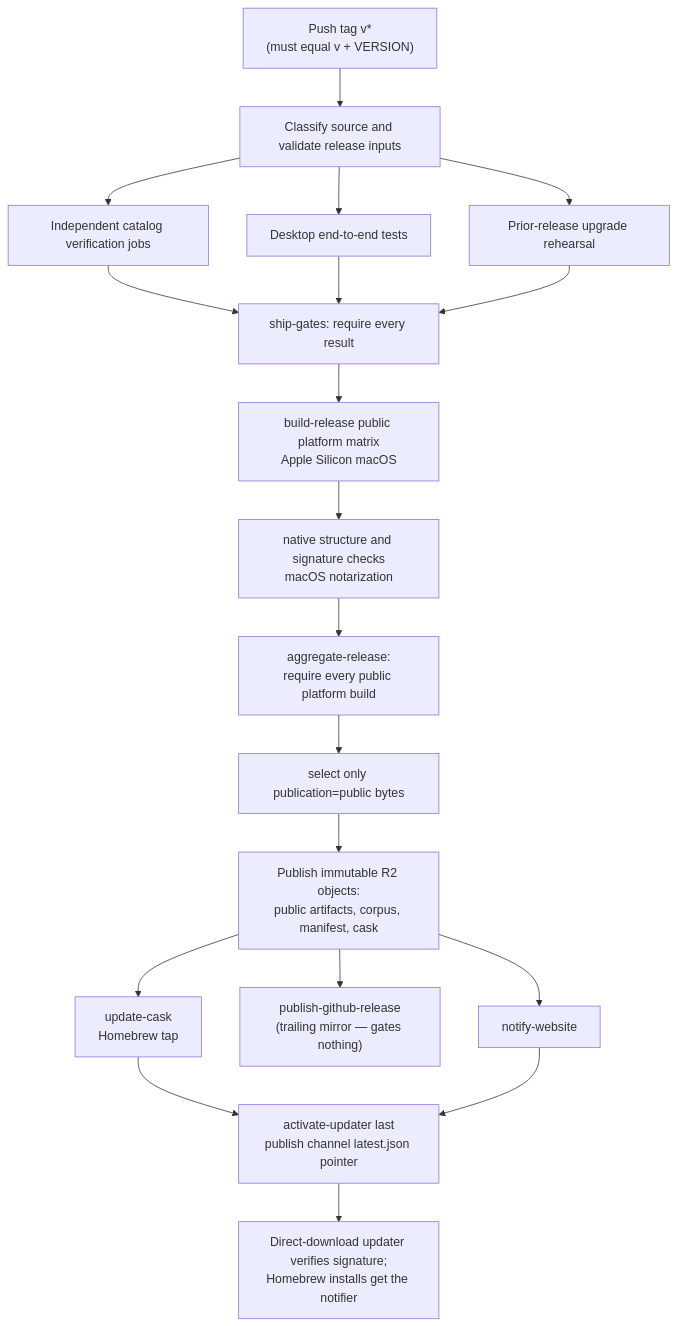
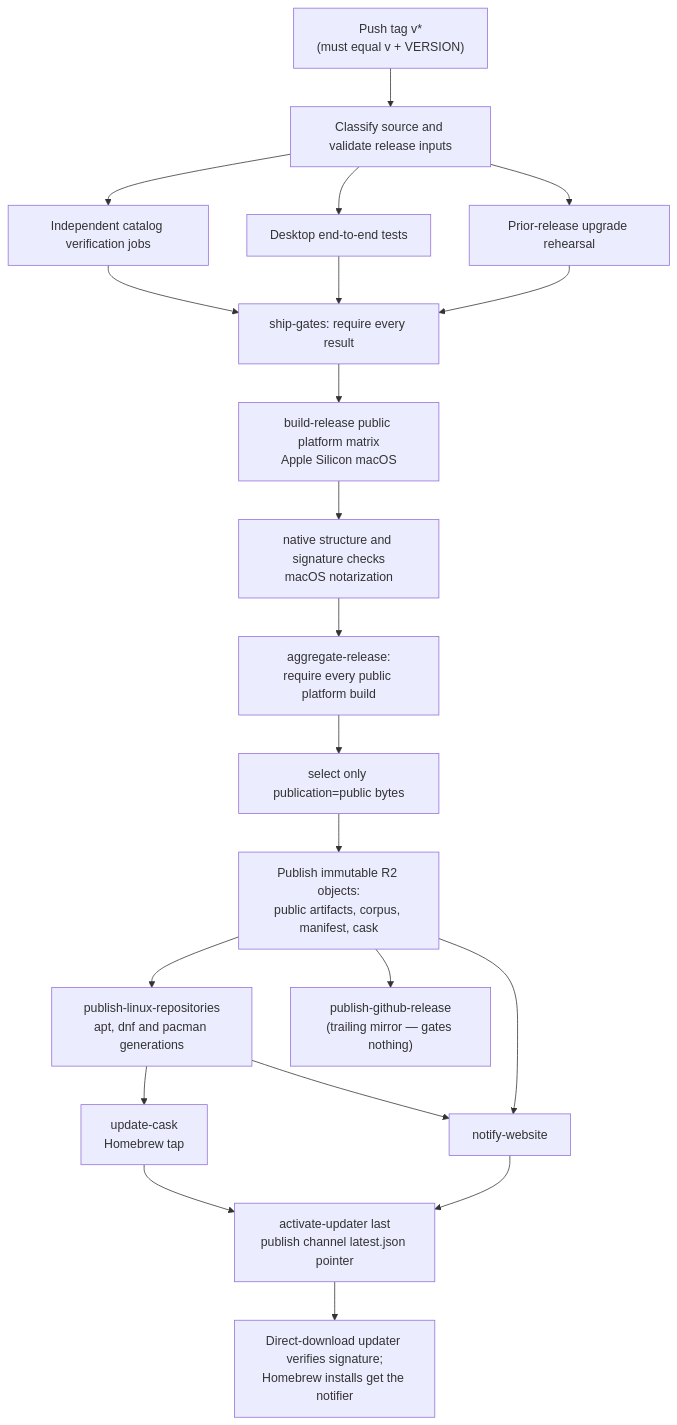
One commit to paintedwolf-ai/paintedwolf-code changed the diagram in docs/dev-tasks.md. Above: the diagram before and after it, drawn with Mermaid. The commit also changed other lines of this file and 35 other files, not shown here.

````diff
--- a/docs/dev-tasks.md
+++ b/docs/dev-tasks.md
@@ -949,21 +949,23 @@
 ```mermaid
 flowchart TD
     tag["Push tag v*<br/>(must equal v + VERSION)"] --> preflight["Classify source and validate release inputs"]
     preflight --> checks["Independent catalog verification jobs"]
     preflight --> desktop["Desktop end-to-end tests"]
     preflight --> upgrade["Prior-release upgrade rehearsal"]
     checks --> gates["ship-gates: require every result"]
     desktop --> gates
     upgrade --> gates
     gates --> bundle["build-release public platform matrix<br/>Apple Silicon macOS"]
     bundle --> verify["native structure and signature checks<br/>macOS notarization"]
     verify --> aggregate["aggregate-release:<br/>require every public platform build"]
     aggregate --> boundary["select only publication=public bytes"]
     boundary --> r2["Publish immutable R2 objects:<br/>public artifacts, corpus, manifest, cask"]
-    r2 --> cask["update-cask<br/>Homebrew tap"]
+    r2 --> linux["publish-linux-repositories<br/>apt, dnf and pacman generations"]
+    linux --> cask["update-cask<br/>Homebrew tap"]
+    linux --> www
     r2 --> mirror["publish-github-release<br/>(trailing mirror — gates nothing)"]
     r2 --> www["notify-website"]
     cask --> activate["activate-updater last<br/>publish channel latest.json pointer"]
     www --> activate
     activate --> clients["Direct-download updater verifies signature;<br/>Homebrew installs get the notifier"]
 ```
````
